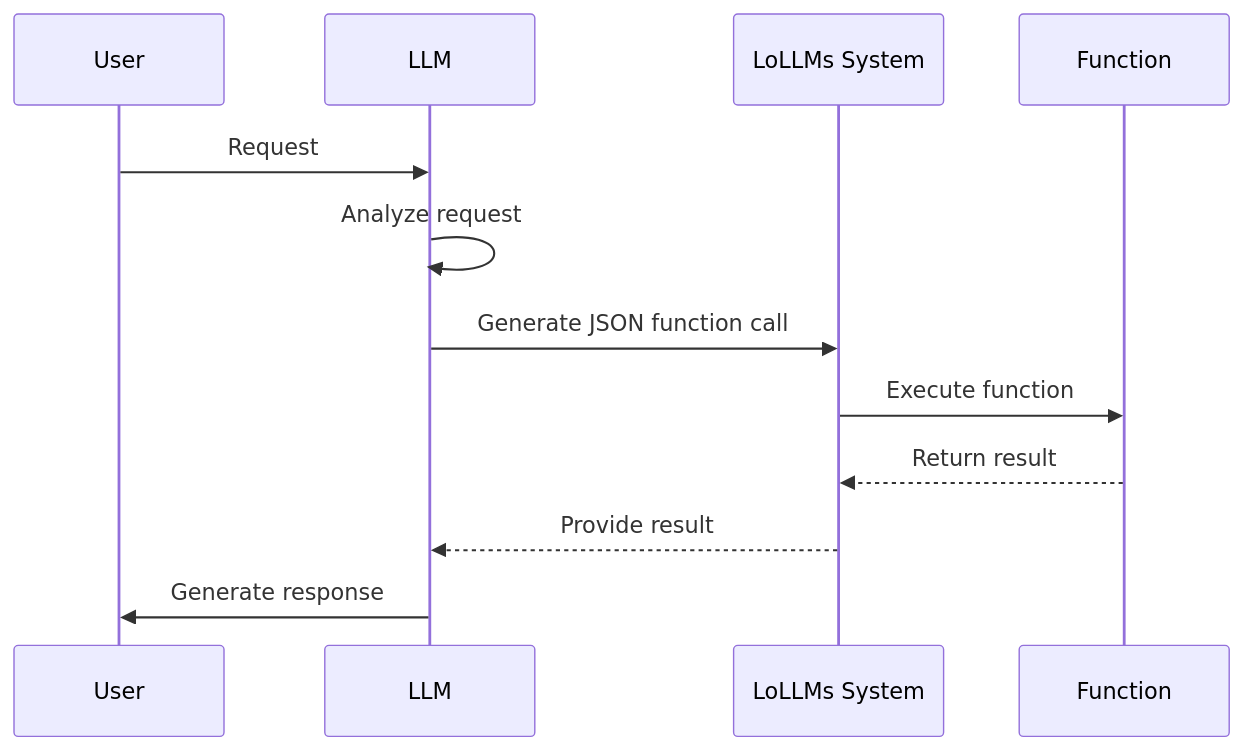
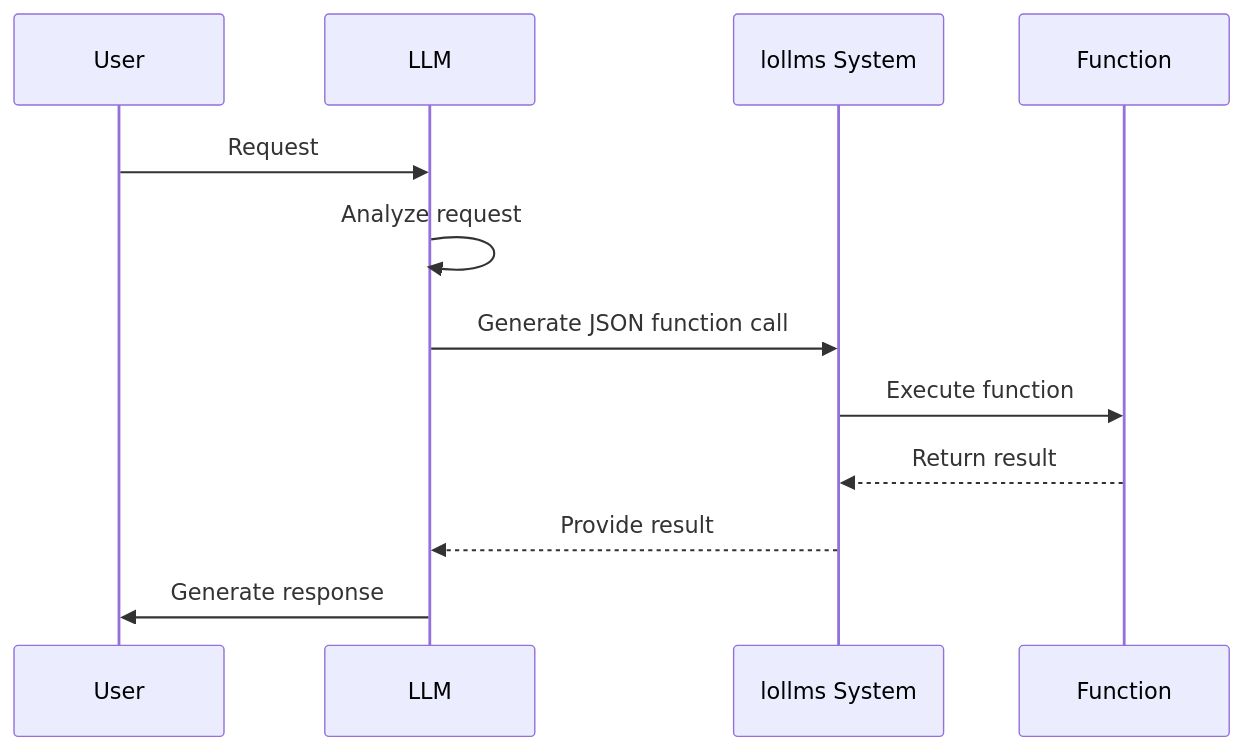
Before and after one commit to ParisNeo/lollms-webui: the diagram in docs/youtube/lollms_function_calls.md, drawn with Mermaid. The commit also changed other lines of this file and 54 other files, not shown here.

````diff
--- a/docs/youtube/lollms_function_calls.md
+++ b/docs/youtube/lollms_function_calls.md
@@ -32,15 +32,15 @@
 ```mermaid
 sequenceDiagram
     participant User
     participant LLM
-    participant LoLLMs System
+    participant lollms System
     participant Function
 
     User->>LLM: Request
     LLM->>LLM: Analyze request
-    LLM->>LoLLMs System: Generate JSON function call
-    LoLLMs System->>Function: Execute function
-    Function-->>LoLLMs System: Return result
-    LoLLMs System-->>LLM: Provide result
+    LLM->>lollms System: Generate JSON function call
+    lollms System->>Function: Execute function
+    Function-->>lollms System: Return result
+    lollms System-->>LLM: Provide result
     LLM->>User: Generate response
 ```
````
